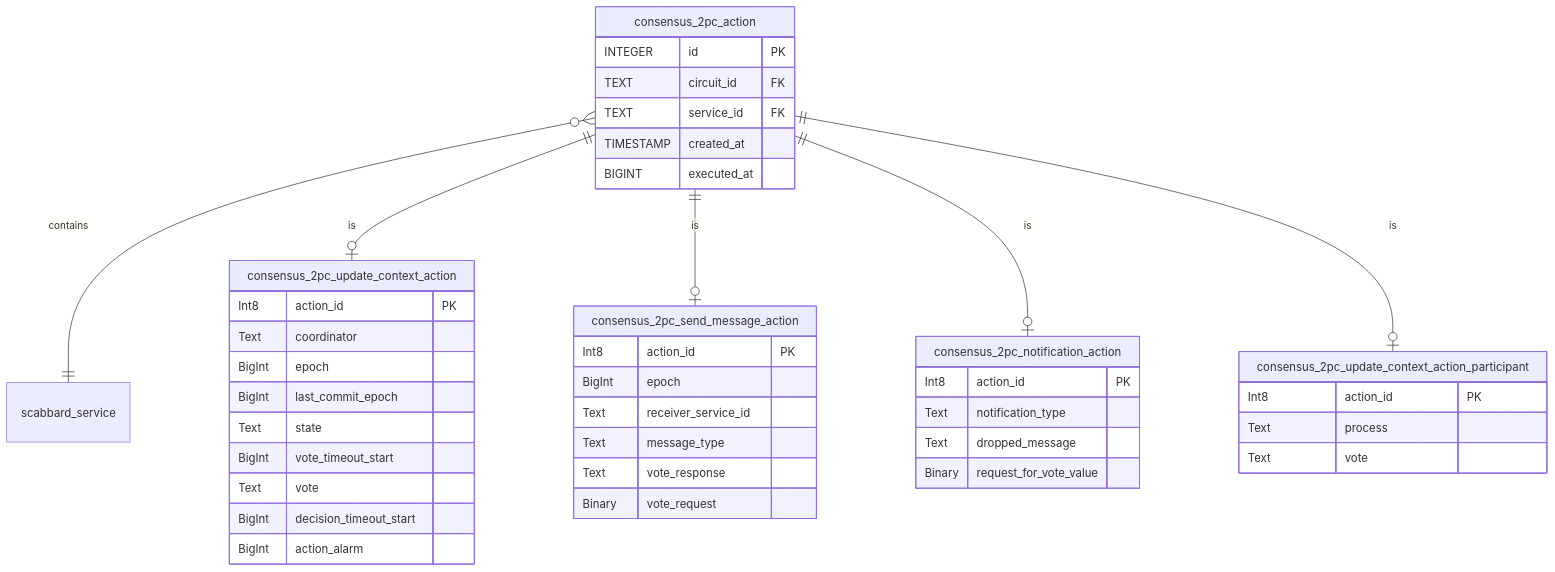
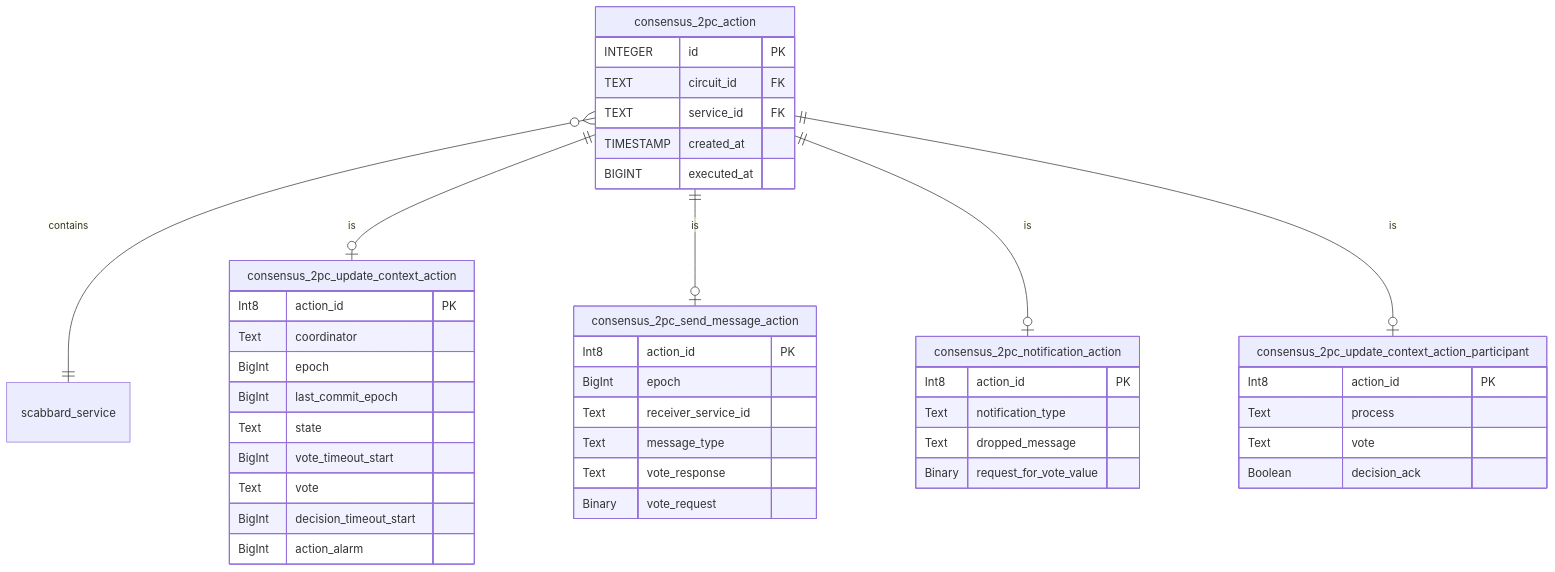
The third of 4 diagrams in community/planning/splinter_v0.7_database.md (Cargill/splinter-docs), drawn with Mermaid before and after one commit. The commit also changed other lines of this file, not shown here.

First line of the commit message:
Update splinter db doc - add decision_ack

```diff
--- a/community/planning/splinter_v0.7_database.md
+++ b/community/planning/splinter_v0.7_database.md
@@ -220,52 +221,53 @@
 <div class="mermaid">
 erDiagram
     consensus_2pc_action {
         INTEGER id PK
         TEXT circuit_id FK
         TEXT service_id FK
         TIMESTAMP created_at
         BIGINT executed_at
     }
     consensus_2pc_action }o--|| scabbard_service: contains
 
     consensus_2pc_update_context_action {
         Int8 action_id PK
         Text coordinator
         BigInt epoch
         BigInt last_commit_epoch
         Text state
         BigInt vote_timeout_start
         Text vote
         BigInt decision_timeout_start
         BigInt action_alarm
     }
     consensus_2pc_action ||--o| consensus_2pc_update_context_action: is
 
     consensus_2pc_send_message_action {
         Int8 action_id PK
         BigInt epoch
         Text receiver_service_id
         Text message_type
         Text vote_response
         Binary vote_request
     }
 
     consensus_2pc_action ||--o| consensus_2pc_send_message_action: is
 
     consensus_2pc_notification_action {
         Int8 action_id PK
         Text notification_type
         Text dropped_message
         Binary request_for_vote_value
     }
 
     consensus_2pc_action ||--o| consensus_2pc_notification_action: is
 
     consensus_2pc_update_context_action_participant {
         Int8 action_id PK
         Text process
         Text vote
+        Boolean decision_ack
     }
 
 consensus_2pc_action ||--o| consensus_2pc_update_context_action_participant: is
 </div>
```
